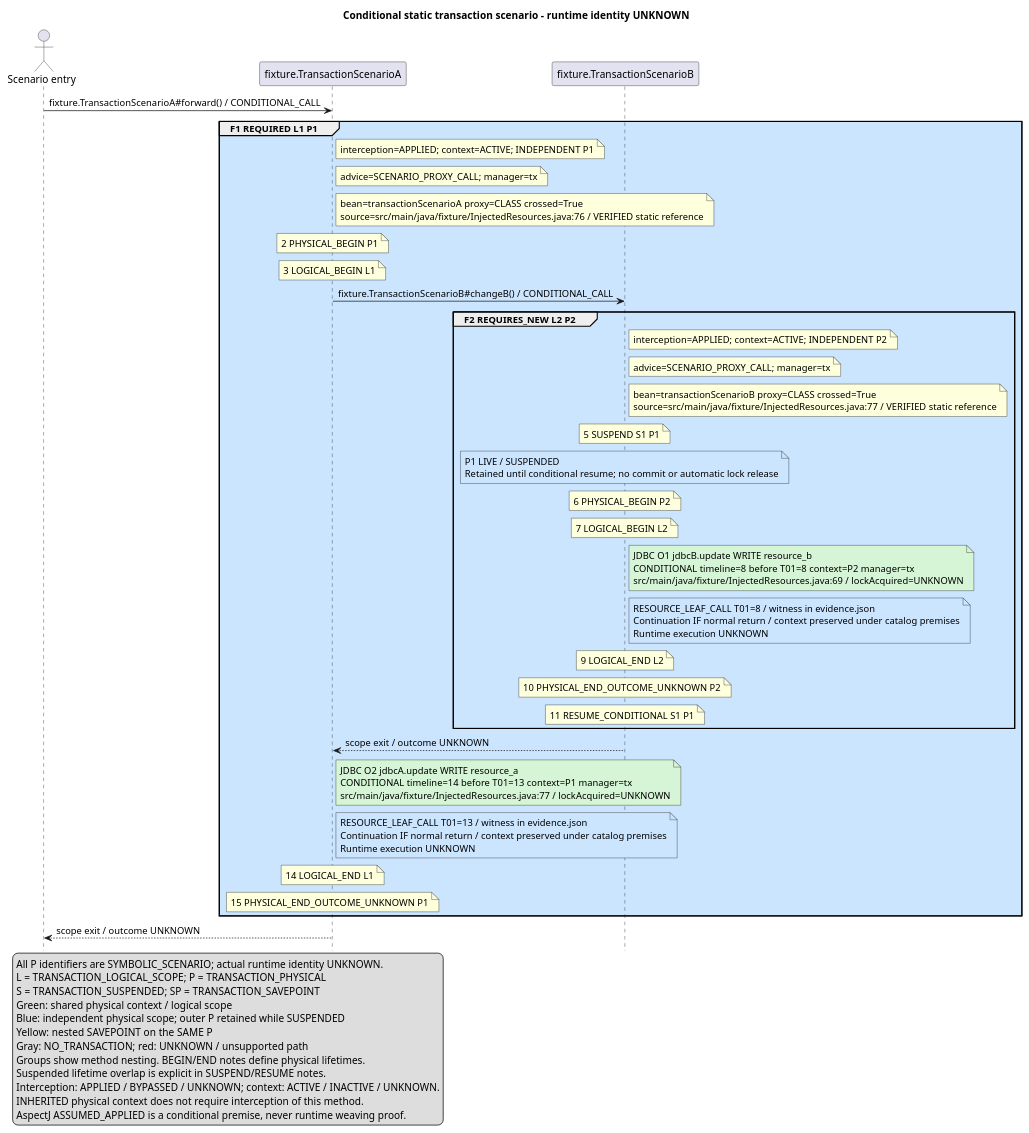
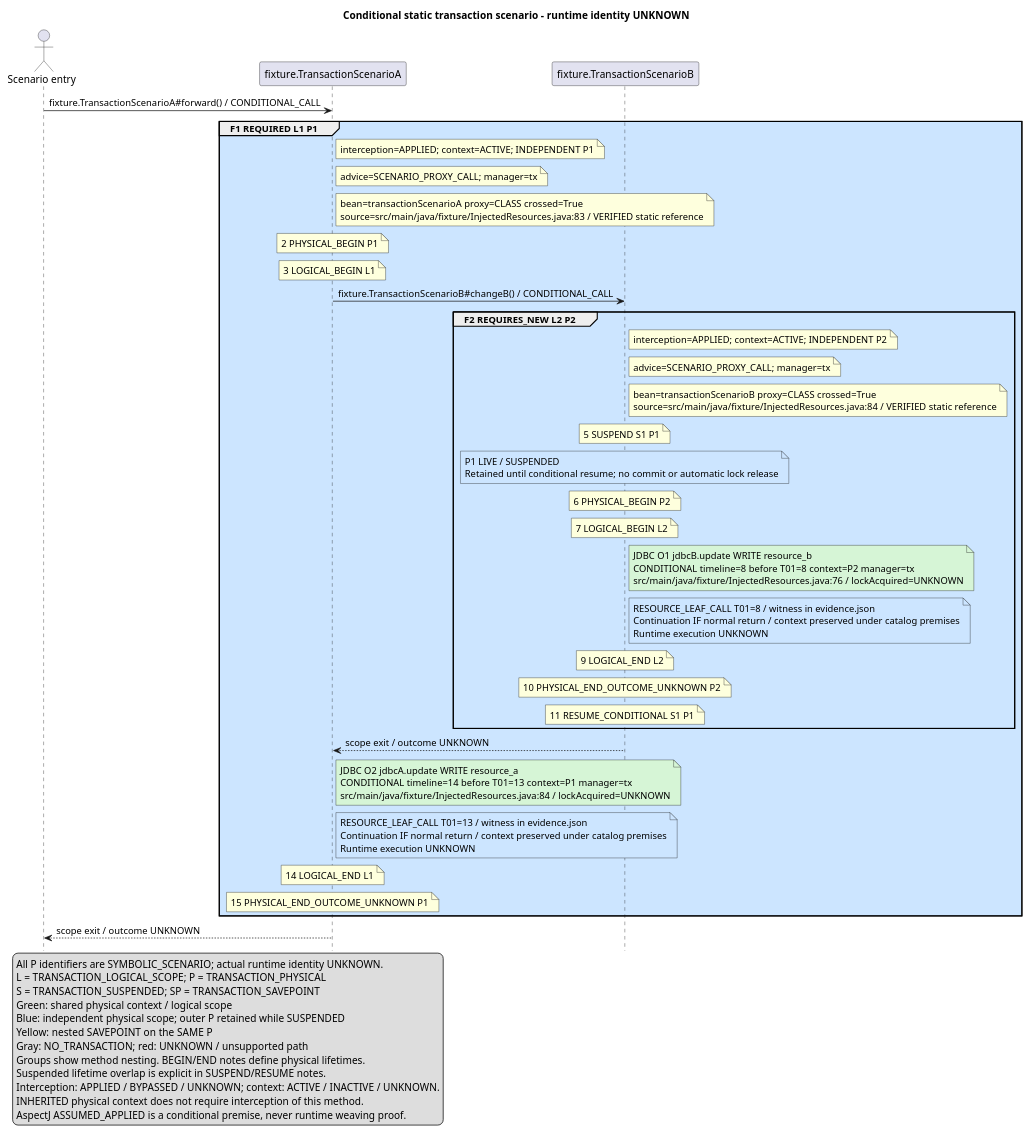
One commit to bruuuuuce/mana changed the diagram in docs/examples/mana-tx-jdbc-01/forward/sequence.puml. Above: the diagram before and after it, drawn with PlantUML. The commit also changed 6 other files, not shown here.

Commit message:
Match legacy timeline observation selection

```diff
--- a/docs/examples/mana-tx-jdbc-01/forward/sequence.puml
+++ b/docs/examples/mana-tx-jdbc-01/forward/sequence.puml
@@ -1,50 +1,50 @@
 @startuml
 hide footbox
 title Conditional static transaction scenario - runtime identity UNKNOWN
 actor "Scenario entry" as Entry
 participant "fixture.TransactionScenarioA" as B1
 participant "fixture.TransactionScenarioB" as B2
 legend left
 All P identifiers are SYMBOLIC_SCENARIO; actual runtime identity UNKNOWN.
 L = TRANSACTION_LOGICAL_SCOPE; P = TRANSACTION_PHYSICAL
 S = TRANSACTION_SUSPENDED; SP = TRANSACTION_SAVEPOINT
 Green: shared physical context / logical scope
 Blue: independent physical scope; outer P retained while SUSPENDED
 Yellow: nested SAVEPOINT on the SAME P
 Gray: NO_TRANSACTION; red: UNKNOWN / unsupported path
 Groups show method nesting. BEGIN/END notes define physical lifetimes.
 Suspended lifetime overlap is explicit in SUSPEND/RESUME notes.
 Interception: APPLIED / BYPASSED / UNKNOWN; context: ACTIVE / INACTIVE / UNKNOWN.
 INHERITED physical context does not require interception of this method.
 AspectJ ASSUMED_APPLIED is a conditional premise, never runtime weaving proof.
 endlegend
 Entry -> B1: fixture.TransactionScenarioA#forward() / CONDITIONAL_CALL
 group #CCE5FF F1 REQUIRED L1 P1
 note right of B1: interception=APPLIED; context=ACTIVE; INDEPENDENT P1
 note right of B1: advice=SCENARIO_PROXY_CALL; manager=tx
-note right of B1: bean=transactionScenarioA proxy=CLASS crossed=True\nsource=src/main/java/fixture/InjectedResources.java:76 / VERIFIED static reference
+note right of B1: bean=transactionScenarioA proxy=CLASS crossed=True\nsource=src/main/java/fixture/InjectedResources.java:83 / VERIFIED static reference
 note over B1: 2 PHYSICAL_BEGIN P1
 note over B1: 3 LOGICAL_BEGIN L1
 B1 -> B2: fixture.TransactionScenarioB#changeB() / CONDITIONAL_CALL
 group #CCE5FF F2 REQUIRES_NEW L2 P2
 note right of B2: interception=APPLIED; context=ACTIVE; INDEPENDENT P2
 note right of B2: advice=SCENARIO_PROXY_CALL; manager=tx
-note right of B2: bean=transactionScenarioB proxy=CLASS crossed=True\nsource=src/main/java/fixture/InjectedResources.java:77 / VERIFIED static reference
+note right of B2: bean=transactionScenarioB proxy=CLASS crossed=True\nsource=src/main/java/fixture/InjectedResources.java:84 / VERIFIED static reference
 note over B2: 5 SUSPEND S1 P1
 note over B2 #CCE5FF: P1 LIVE / SUSPENDED\nRetained until conditional resume; no commit or automatic lock release
 note over B2: 6 PHYSICAL_BEGIN P2
 note over B2: 7 LOGICAL_BEGIN L2
-note right of B2 #D6F5D6: JDBC O1 jdbcB.update WRITE resource_b\nCONDITIONAL timeline=8 before T01=8 context=P2 manager=tx\nsrc/main/java/fixture/InjectedResources.java:69 / lockAcquired=UNKNOWN
+note right of B2 #D6F5D6: JDBC O1 jdbcB.update WRITE resource_b\nCONDITIONAL timeline=8 before T01=8 context=P2 manager=tx\nsrc/main/java/fixture/InjectedResources.java:76 / lockAcquired=UNKNOWN
 note right of B2 #CCE5FF: RESOURCE_LEAF_CALL T01=8 / witness in evidence.json\nContinuation IF normal return / context preserved under catalog premises\nRuntime execution UNKNOWN
 note over B2: 9 LOGICAL_END L2
 note over B2: 10 PHYSICAL_END_OUTCOME_UNKNOWN P2
 note over B2: 11 RESUME_CONDITIONAL S1 P1
 end
 B2 --> B1: scope exit / outcome UNKNOWN
-note right of B1 #D6F5D6: JDBC O2 jdbcA.update WRITE resource_a\nCONDITIONAL timeline=14 before T01=13 context=P1 manager=tx\nsrc/main/java/fixture/InjectedResources.java:77 / lockAcquired=UNKNOWN
+note right of B1 #D6F5D6: JDBC O2 jdbcA.update WRITE resource_a\nCONDITIONAL timeline=14 before T01=13 context=P1 manager=tx\nsrc/main/java/fixture/InjectedResources.java:84 / lockAcquired=UNKNOWN
 note right of B1 #CCE5FF: RESOURCE_LEAF_CALL T01=13 / witness in evidence.json\nContinuation IF normal return / context preserved under catalog premises\nRuntime execution UNKNOWN
 note over B1: 14 LOGICAL_END L1
 note over B1: 15 PHYSICAL_END_OUTCOME_UNKNOWN P1
 end
 B1 --> Entry: scope exit / outcome UNKNOWN
 @enduml
```
